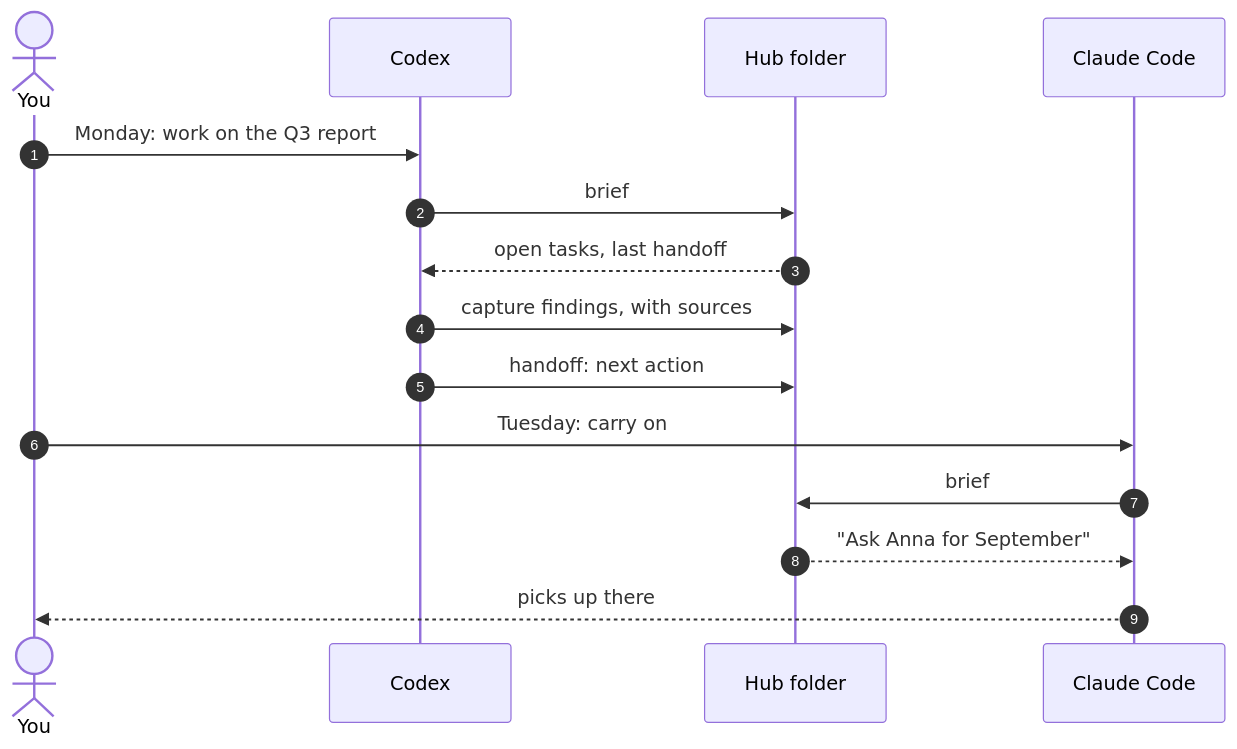
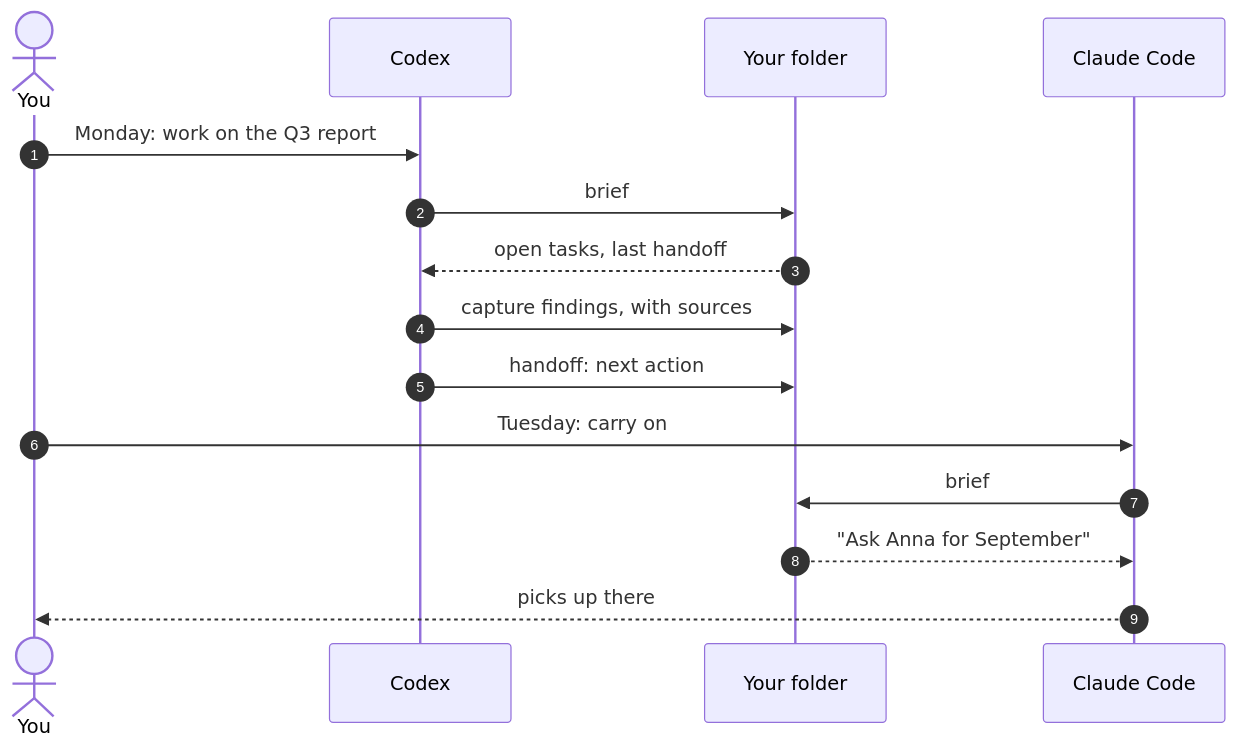
Before and after one commit to ossianravn/task-os-agent-plugin: the second of 2 diagrams in README.md, drawn with Mermaid. The commit also changed other lines of this file, not shown here.

First line of the commit message:
Present Task OS as your assistant for client work

````diff
--- a/README.md
+++ b/README.md
@@ -77,17 +102,17 @@
 ```mermaid
 sequenceDiagram
   autonumber
   actor You
   participant CX as Codex
-  participant H as Hub folder
+  participant H as Your folder
   participant CC as Claude Code
   You->>CX: Monday: work on the Q3 report
   CX->>H: brief
   H-->>CX: open tasks, last handoff
   CX->>H: capture findings, with sources
   CX->>H: handoff: next action
   You->>CC: Tuesday: carry on
   CC->>H: brief
   H-->>CC: "Ask Anna for September"
   CC-->>You: picks up there
 ```
````
